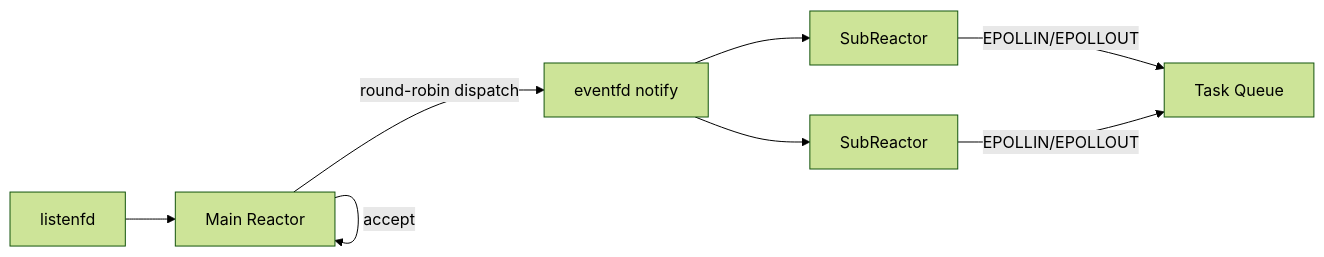
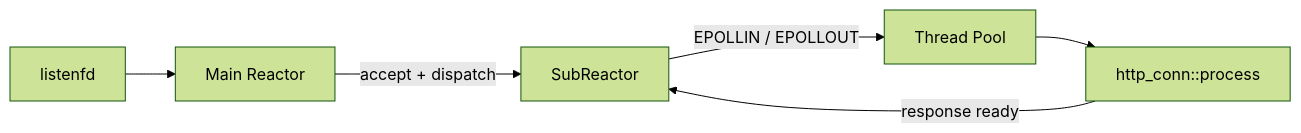
One commit to wjg12345678/High-performance-gateway changed the second of 4 diagrams in README.md. Above: the diagram before and after it, drawn with Mermaid (forest theme). The commit also changed other lines of this file, not shown here.

````diff
--- a/README.md
+++ b/README.md
@@ -114,17 +68,14 @@
 ```mermaid
 flowchart LR
     L[listenfd]
     M[Main Reactor]
-    R1[SubReactor]
-    R2[SubReactor]
-    EFD[eventfd notify]
-    TQ[Task Queue]
+    S[SubReactor]
+    P[Thread Pool]
+    H[http_conn::process]
 
     L --> M
-    M -->|accept| M
-    M -->|round-robin dispatch| EFD
-    EFD --> R1
-    EFD --> R2
-    R1 -->|EPOLLIN/EPOLLOUT| TQ
-    R2 -->|EPOLLIN/EPOLLOUT| TQ
+    M -->|accept + dispatch| S
+    S -->|EPOLLIN / EPOLLOUT| P
+    P --> H
+    H -->|response ready| S
 ```
````
